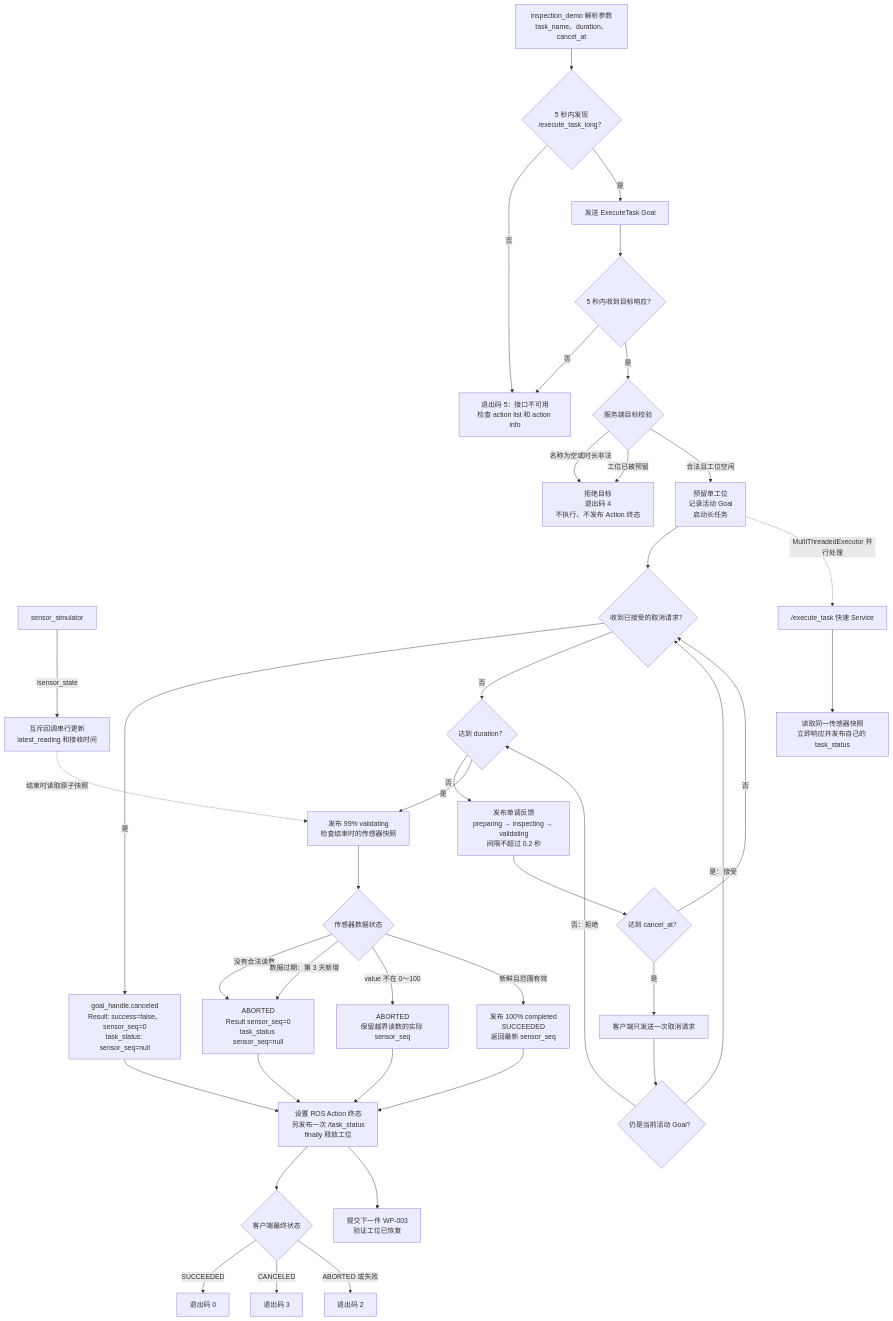
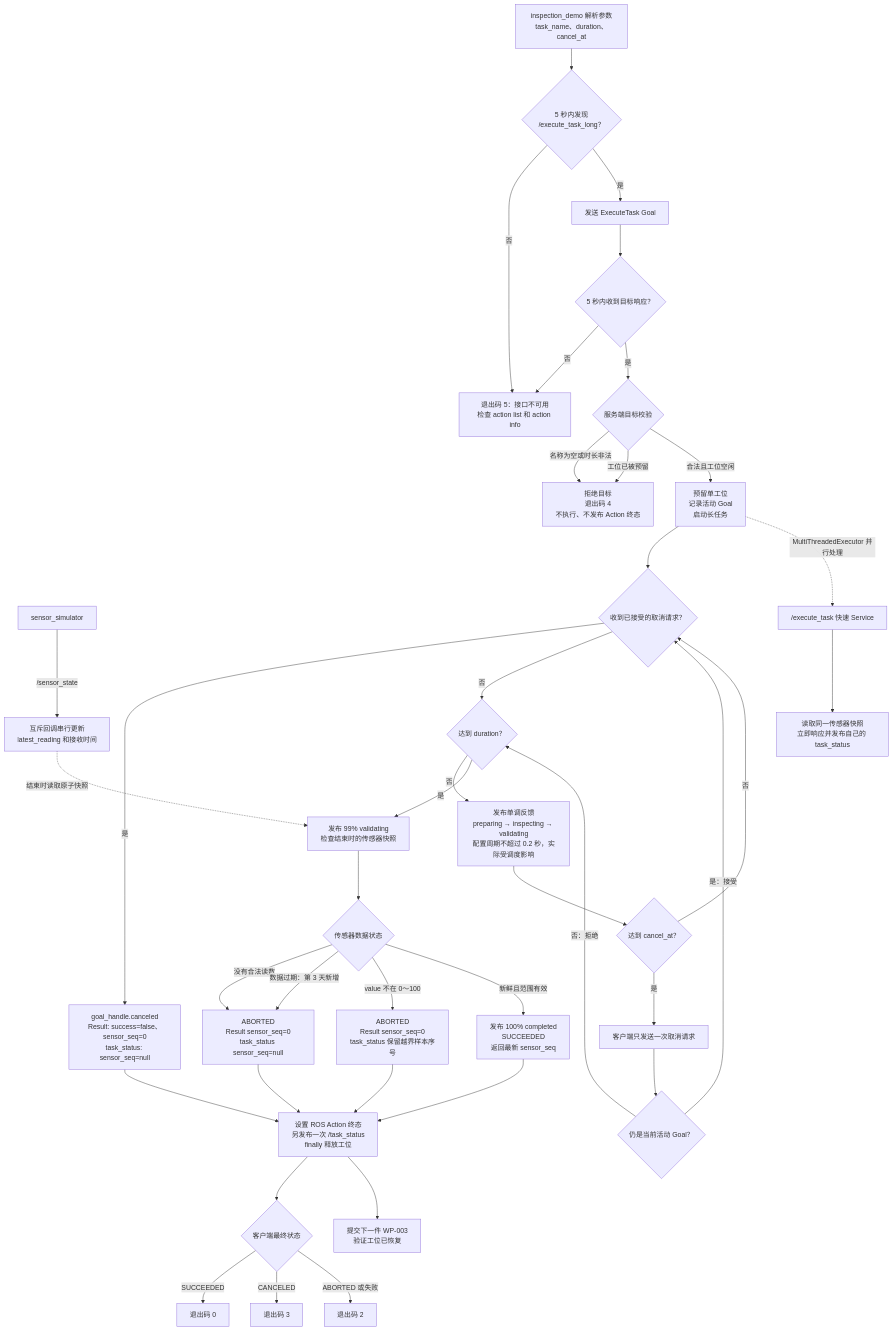
One commit to fatQ123/EmbodiedAgentLab changed the diagram in docs/flowcharts/week03-day01-action.md. Above: the diagram before and after it, drawn with Mermaid. The commit also changed 7 other files, not shown here.

````diff
--- a/docs/flowcharts/week03-day01-action.md
+++ b/docs/flowcharts/week03-day01-action.md
@@ -5,46 +5,46 @@
 ```mermaid
 flowchart TD
     A["inspection_demo 解析参数<br/>task_name、duration、cancel_at"] --> B{"5 秒内发现<br/>/execute_task_long？"}
     B -- "否" --> U["退出码 5：接口不可用<br/>检查 action list 和 action info"]
     B -- "是" --> C["发送 ExecuteTask Goal"]
     C --> D{"5 秒内收到目标响应？"}
     D -- "否" --> U
     D -- "是" --> E{"服务端目标校验"}
     E -- "名称为空或时长非法" --> R["拒绝目标<br/>退出码 4<br/>不执行、不发布 Action 终态"]
     E -- "工位已被预留" --> R
     E -- "合法且工位空闲" --> F["预留单工位<br/>记录活动 Goal<br/>启动长任务"]
 
     S0["sensor_simulator"] -- "/sensor_state" --> S1["互斥回调串行更新<br/>latest_reading 和接收时间"]
     S1 -. "结束时读取原子快照" .-> K
 
     F --> G{"收到已接受的取消请求？"}
     G -- "是" --> X["goal_handle.canceled<br/>Result: success=false、sensor_seq=0<br/>task_status: sensor_seq=null"]
     G -- "否" --> H{"达到 duration？"}
-    H -- "否" --> I["发布单调反馈<br/>preparing → inspecting → validating<br/>间隔不超过 0.2 秒"]
+    H -- "否" --> I["发布单调反馈<br/>preparing → inspecting → validating<br/>配置周期不超过 0.2 秒，实际受调度影响"]
     I --> J{"达到 cancel_at？"}
     J -- "是" --> J1["客户端只发送一次取消请求"]
     J1 --> J2{"仍是当前活动 Goal？"}
     J2 -- "是：接受" --> G
     J2 -- "否：拒绝" --> H
     J -- "否" --> G
 
     H -- "是" --> K["发布 99% validating<br/>检查结束时的传感器快照"]
     K --> L{"传感器数据状态"}
     L -- "没有合法读数" --> N["ABORTED<br/>Result sensor_seq=0<br/>task_status sensor_seq=null"]
     L -- "数据过期：第 3 天新增" --> N
-    L -- "value 不在 0～100" --> O["ABORTED<br/>保留越界读数的实际 sensor_seq"]
+    L -- "value 不在 0～100" --> O["ABORTED<br/>Result sensor_seq=0<br/>task_status 保留越界样本序号"]
     L -- "新鲜且范围有效" --> P["发布 100% completed<br/>SUCCEEDED<br/>返回最新 sensor_seq"]
 
     X --> Z["设置 ROS Action 终态<br/>另发布一次 /task_status<br/>finally 释放工位"]
     N --> Z
     O --> Z
     P --> Z
     Z --> Q{"客户端最终状态"}
     Q -- "SUCCEEDED" --> Q0["退出码 0"]
     Q -- "CANCELED" --> Q3["退出码 3"]
     Q -- "ABORTED 或失败" --> Q2["退出码 2"]
     Z --> REC["提交下一件 WP-003<br/>验证工位已恢复"]
 
     F -. "MultiThreadedExecutor 并行处理" .-> SV["/execute_task 快速 Service"]
     SV --> SV1["读取同一传感器快照<br/>立即响应并发布自己的 task_status"]
 ```
````
